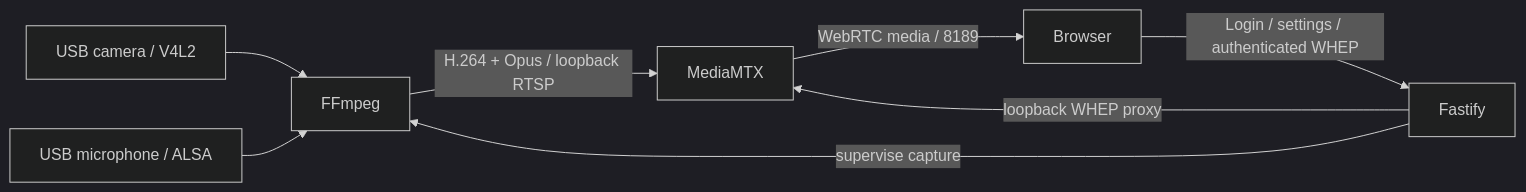
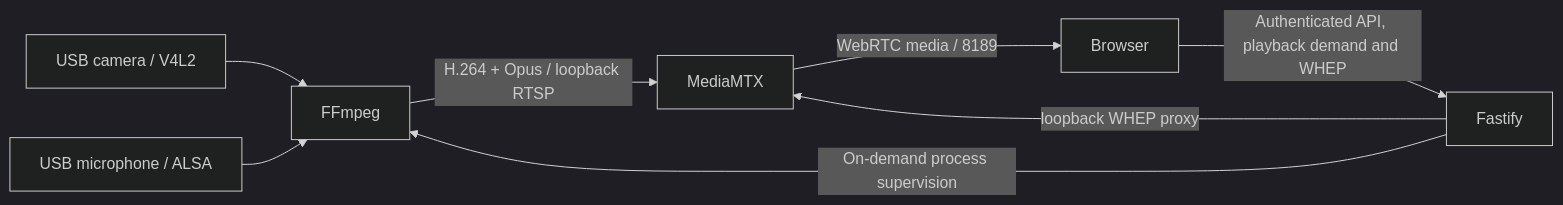
Before and after one commit to Snake-Konginchrist/lanvoryn: the diagram in docs/ARCHITECTURE.zh-CN.md, drawn with Mermaid (dark theme). The commit also changed other lines of this file and 13 other files, not shown here.

Commit message:
docs: refresh bilingual README and on-demand capture guides

````diff
--- a/docs/ARCHITECTURE.zh-CN.md
+++ b/docs/ARCHITECTURE.zh-CN.md
@@ -5,10 +5,10 @@
 ```mermaid
 flowchart LR
   V[USB camera / V4L2] --> F[FFmpeg]
   A[USB microphone / ALSA] --> F
   F -->|H.264 + Opus / loopback RTSP| M[MediaMTX]
-  B[Browser] -->|Login / settings / authenticated WHEP| S[Fastify]
+  B[Browser] -->|Authenticated API, playback demand and WHEP| S[Fastify]
   S -->|loopback WHEP proxy| M
   M -->|WebRTC media / 8189| B
-  S -->|supervise capture| F
+  S -->|On-demand process supervision| F
 ```
````
